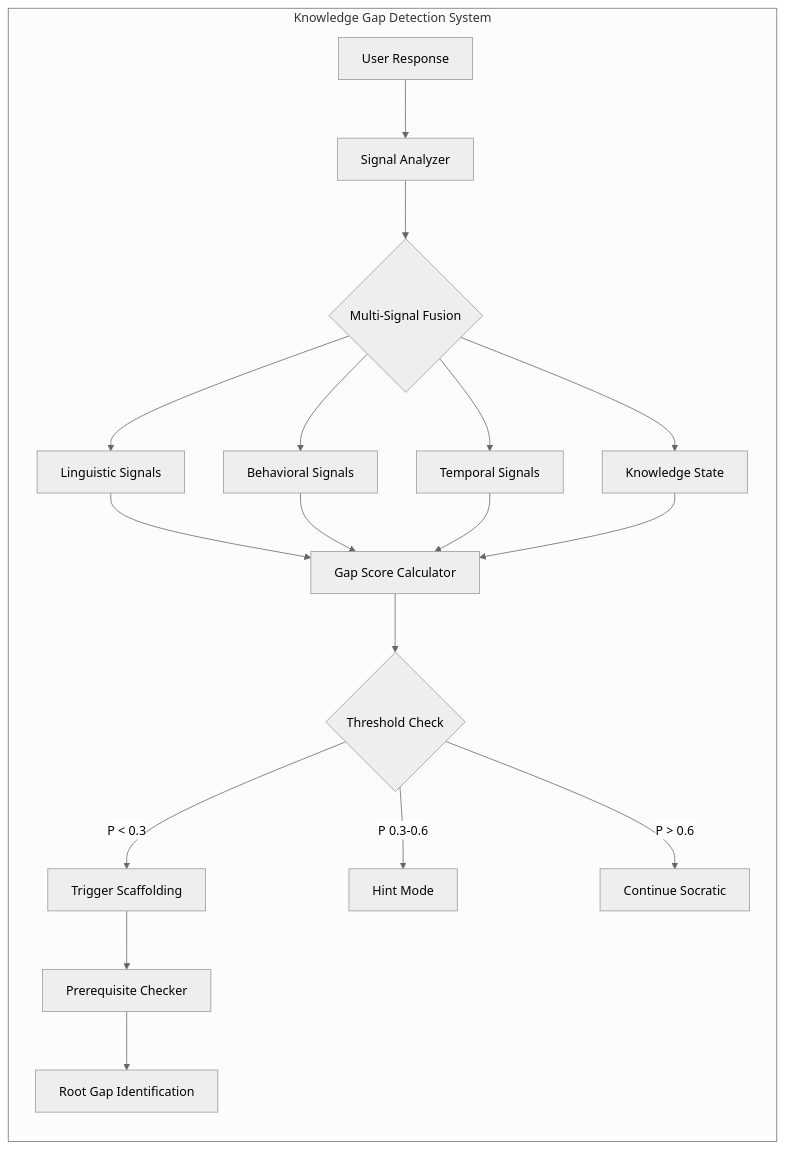
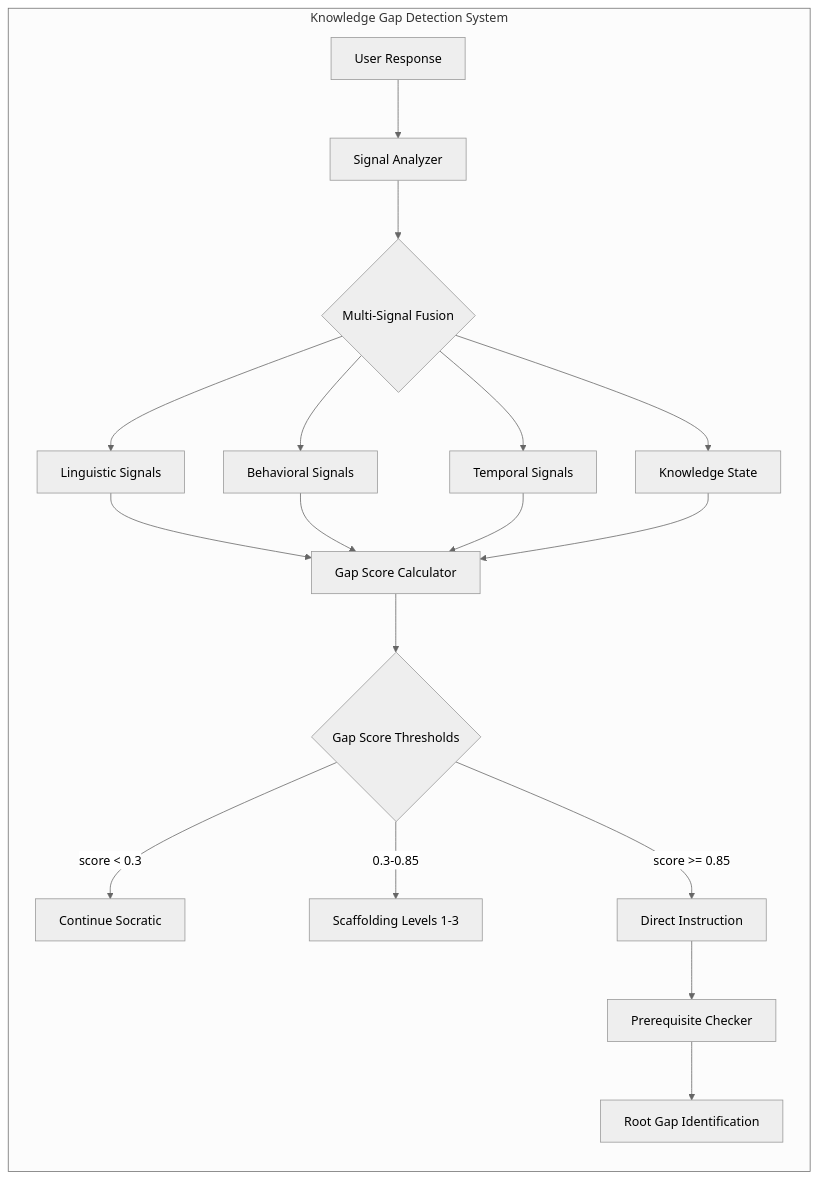
One commit to shettydev/mukti changed the second of 3 diagrams in docs/rfcs/active/rfc-0001-knowledge-gap-detection/index.md. Above: the diagram before and after it, drawn with Mermaid (neutral theme). The commit also changed other lines of this file and 5 other files, not shown here.

````diff
--- a/docs/rfcs/active/rfc-0001-knowledge-gap-detection/index.md
+++ b/docs/rfcs/active/rfc-0001-knowledge-gap-detection/index.md
@@ -119,25 +119,25 @@
 ```mermaid
 graph LR
     subgraph "Knowledge Gap Detection System"
         A[User Response] --> B[Signal Analyzer]
         B --> C{Multi-Signal Fusion}
 
         C --> D[Linguistic Signals]
         C --> E[Behavioral Signals]
         C --> F[Temporal Signals]
         C --> G[Knowledge State]
 
         D --> H[Gap Score Calculator]
         E --> H
         F --> H
         G --> H
 
-        H --> I{Threshold Check}
-        I -->|P < 0.3| J[Trigger Scaffolding]
-        I -->|P 0.3-0.6| K[Hint Mode]
-        I -->|P > 0.6| L[Continue Socratic]
+        H --> I{Gap Score Thresholds}
+        I -->|score < 0.3| L[Continue Socratic]
+        I -->|0.3-0.85| K[Scaffolding Levels 1-3]
+        I -->|score >= 0.85| J[Direct Instruction]
 
         J --> M[Prerequisite Checker]
         M --> N[Root Gap Identification]
     end
 ```
````
